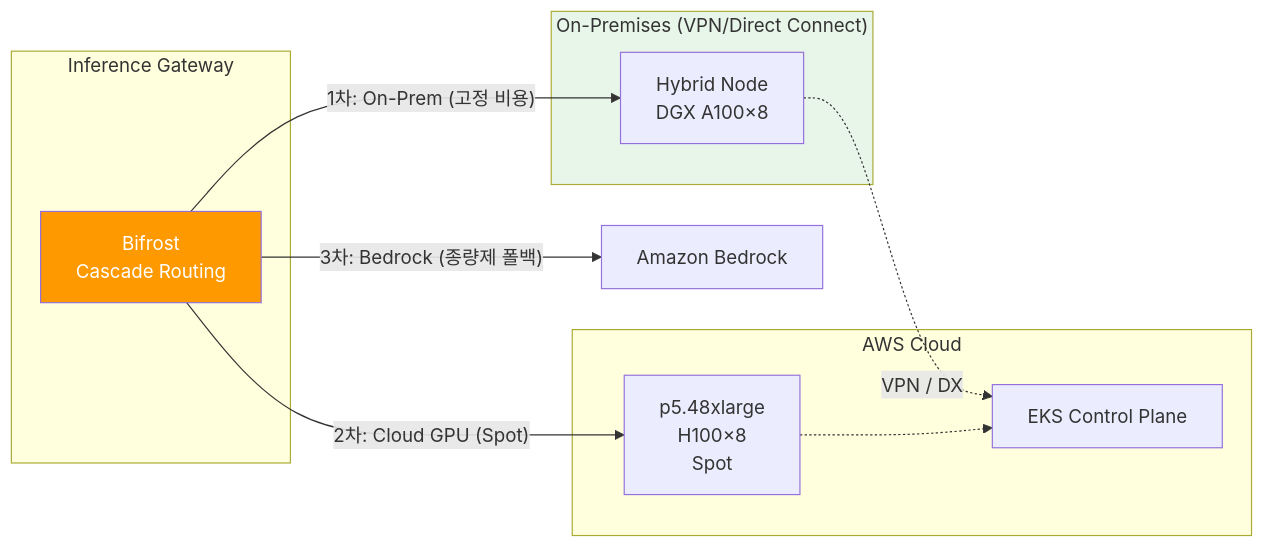
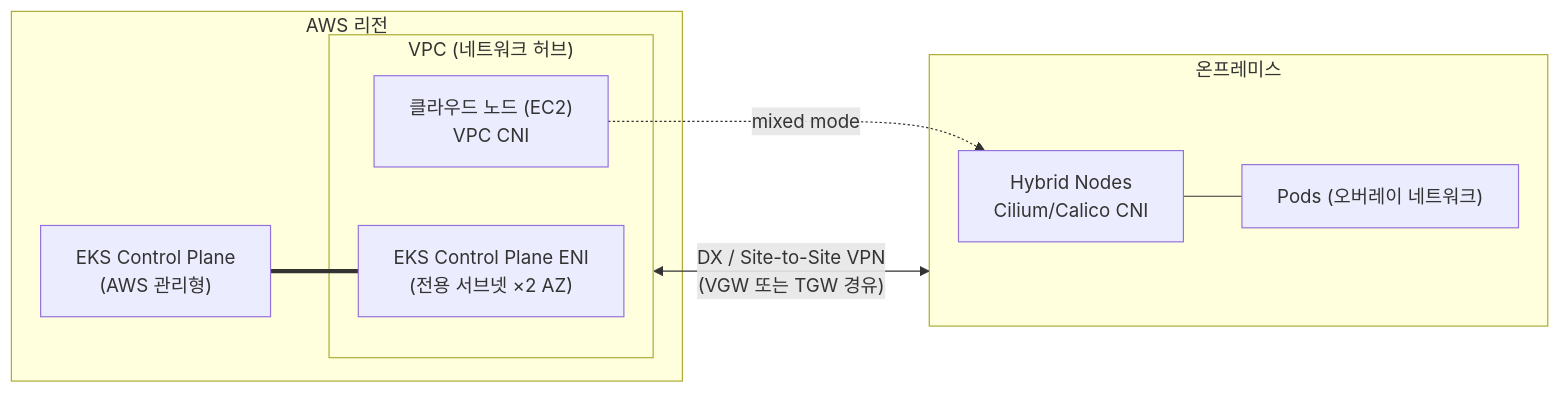
One commit to devfloor9/engineering-playbook changed the first of 3 diagrams in docs/hybrid-infrastructure/hybrid-nodes-adoption-guide.md. Above: the diagram before and after it, drawn with Mermaid. The commit also changed other lines of this file and 3 other files, not shown here.

First line of the commit message:
docs(hybrid): Hybrid Nodes 완전 가이드 단일 문서 재구성 — SKT 문의(R1~R7) 기반

````diff
--- a/docs/hybrid-infrastructure/hybrid-nodes-adoption-guide.md
+++ b/docs/hybrid-infrastructure/hybrid-nodes-adoption-guide.md
@@ -709,25 +109,18 @@
 ```mermaid
 flowchart LR
-    subgraph AWS["AWS Cloud"]
-        EKS[EKS Control Plane]
-        CN1[p5.48xlarge<br/>H100×8<br/>Spot]
+    subgraph REGION["AWS 리전"]
+        subgraph VPC["VPC (네트워크 허브)"]
+            ENI["EKS Control Plane ENI<br/>(전용 서브넷 ×2 AZ)"]
+            CN["클라우드 노드 (EC2)<br/>VPC CNI"]
+        end
+        CP["EKS Control Plane<br/>(AWS 관리형)"]
     end
-
-    subgraph OnPrem["On-Premises (VPN/Direct Connect)"]
-        HN1[Hybrid Node<br/>DGX A100×8]
+    subgraph ONPREM["온프레미스"]
+        HN["Hybrid Nodes<br/>Cilium/Calico CNI"]
+        POD["Pods (오버레이 네트워크)"]
     end
-
-    subgraph Gateway["Inference Gateway"]
-        BF[Bifrost<br/>Cascade Routing]
-    end
-
-    BF -->|"1차: On-Prem (고정 비용)"| HN1
-    BF -->|"2차: Cloud GPU (Spot)"| CN1
-    BF -->|"3차: Bedrock (종량제 폴백)"| BR[Amazon Bedrock]
-
-    HN1 -.->|"VPN / DX"| EKS
-    CN1 -.-> EKS
-
-    style OnPrem fill:#e8f5e9
-    style BF fill:#ff9900,color:#fff
+    CP === ENI
+    VPC <-- "DX / Site-to-Site VPN<br/>(VGW 또는 TGW 경유)" --> ONPREM
+    HN --- POD
+    CN -.->|"mixed mode"| HN
 ```
````
